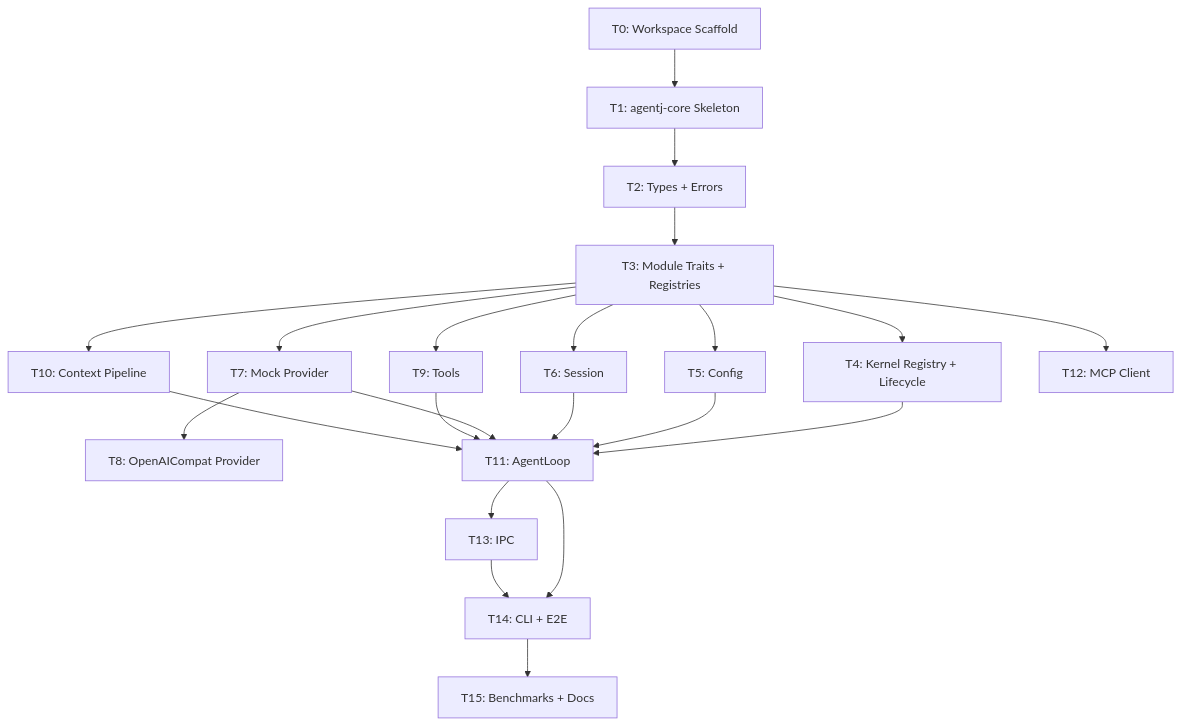
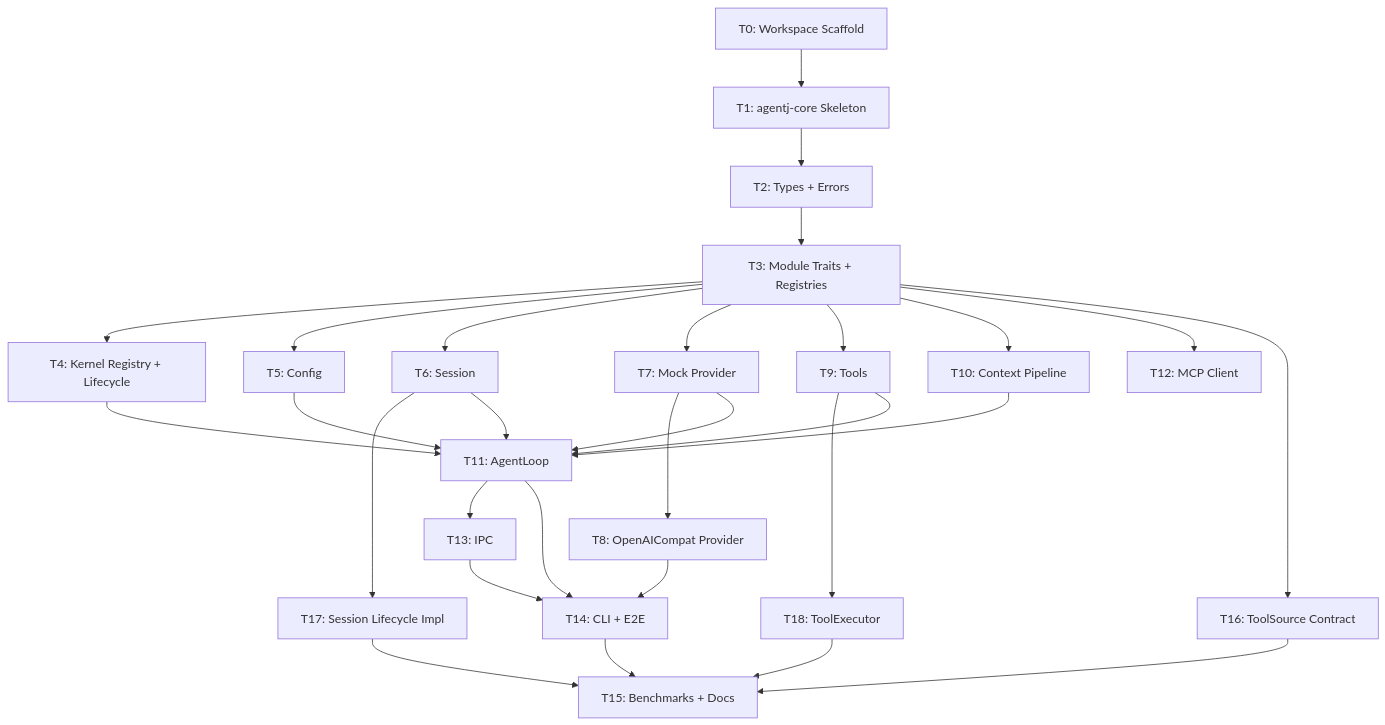
Before and after one commit to JeillZhang/agentj: the diagram in docs/superpowers/plans/2026-08-09-agentj-core-plan.md, drawn with Mermaid. The commit also changed other lines of this file, not shown here.

First line of the commit message:
docs: fold lifecycle design into v0.1 plan as TDD tasks

````diff
--- a/docs/superpowers/plans/2026-08-09-agentj-core-plan.md
+++ b/docs/superpowers/plans/2026-08-09-agentj-core-plan.md
@@ -3144,24 +3826,31 @@
 ```mermaid
 graph TD
     T0["T0: Workspace Scaffold"] --> T1["T1: agentj-core Skeleton"]
     T1 --> T2["T2: Types + Errors"]
     T2 --> T3["T3: Module Traits + Registries"]
     T3 --> T4["T4: Kernel Registry + Lifecycle"]
     T3 --> T5["T5: Config"]
     T3 --> T6["T6: Session"]
     T3 --> T7["T7: Mock Provider"]
     T3 --> T9["T9: Tools"]
     T3 --> T10["T10: Context Pipeline"]
     T3 --> T12["T12: MCP Client"]
+    T3 --> T16["T16: ToolSource Contract"]
+    T6 --> T17["T17: Session Lifecycle Impl"]
+    T9 --> T18["T18: ToolExecutor"]
     T7 --> T8["T8: OpenAICompat Provider"]
     T4 --> T11["T11: AgentLoop"]
     T5 --> T11
     T6 --> T11
     T7 --> T11
     T9 --> T11
     T10 --> T11
     T11 --> T13["T13: IPC"]
     T11 --> T14["T14: CLI + E2E"]
+    T8 --> T14
     T13 --> T14
     T14 --> T15["T15: Benchmarks + Docs"]
+    T16 --> T15
+    T17 --> T15
+    T18 --> T15
 ```
````
